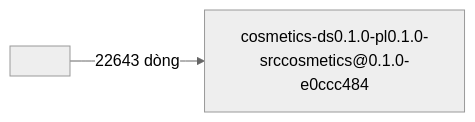
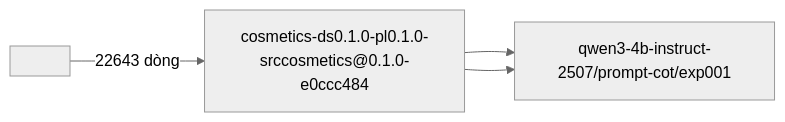
Before and after one commit to TrieuKhac-dev/SentimentX: the diagram in data/reports/dataset_registry/dataset_registry.md, drawn with Mermaid (neutral theme). The commit also changed 10 other files, not shown here.

````diff
--- a/data/reports/dataset_registry/dataset_registry.md
+++ b/data/reports/dataset_registry/dataset_registry.md
@@ -3,6 +3,9 @@
 ```mermaid
 graph LR
   n1["<nguồn v0.1.0>"]
   n2["cosmetics-ds0.1.0-pl0.1.0-srccosmetics@0.1.0-e0ccc484"]
+  n3["qwen3-4b-instruct-2507/prompt-cot/exp001"]
   n1 -->|22643 dòng| n2
+  n2 --> n3
+  n2 --> n3
 ```
````
